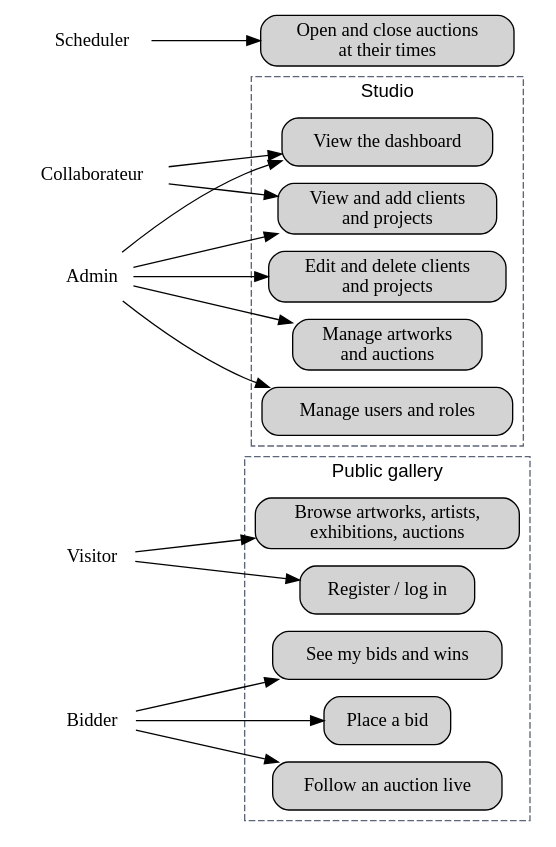
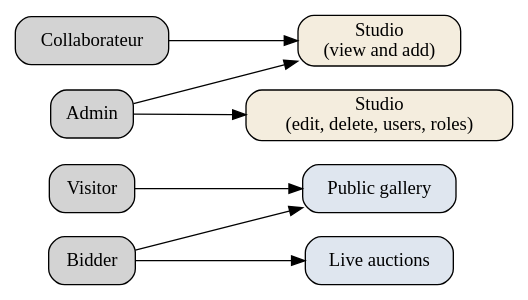
One commit to aziza-bellanes/angluar-springboot-project changed the first of 4 diagrams in docs/pack/cahier-des-charges.md. Above: the diagram before and after it, drawn with Graphviz. The commit also changed other lines of this file and 15 other files, not shown here.

````diff
--- a/docs/pack/cahier-des-charges.md
+++ b/docs/pack/cahier-des-charges.md
@@ -90,11 +62,9 @@
 ```dot
 digraph {
-  rankdir=LR; nodesep=0.18; ranksep=0.9;
+  rankdir=LR; nodesep=0.25; ranksep=0.8;
   node[shape=box,style="rounded,filled"];
-  V[label="Visitor",shape=plaintext,style=""]; B[label="Bidder",shape=plaintext,style=""]; C[label="Collaborateur",shape=plaintext,style=""]; A[label="Admin",shape=plaintext,style=""]; S[label="Scheduler",shape=plaintext,style=""];
-  subgraph cluster_p { label="Public gallery"; style="dashed"; color="#5b6678"; fontname="Helvetica"; u1[label="Browse artworks, artists,\nexhibitions, auctions"]; u2[label="Register / log in"]; u3[label="Place a bid"]; u4[label="Follow an auction live"]; u5[label="See my bids and wins"]; }
-  subgraph cluster_s { label="Studio"; style="dashed"; color="#5b6678"; fontname="Helvetica"; u6[label="View and add clients\nand projects"]; u7[label="Edit and delete clients\nand projects"]; u8[label="Manage artworks\nand auctions"]; u9[label="Manage users and roles"]; u10[label="View the dashboard"]; }
-  u11[label="Open and close auctions\nat their times"];
-  V->u1; V->u2; B->u3; B->u4; B->u5; C->u6; C->u10; A->u6; A->u7; A->u8; A->u9; A->u10; S->u11;
+  V[label="Visitor"]; B[label="Bidder"]; C[label="Collaborateur"]; A[label="Admin"];
+  pub[label="Public gallery",fillcolor="#dfe6ef"]; bid[label="Live auctions",fillcolor="#dfe6ef"]; studio[label="Studio\n(view and add)",fillcolor="#f4edde"]; admin[label="Studio\n(edit, delete, users, roles)",fillcolor="#f4edde"];
+  V -> pub; B -> pub; B -> bid; C -> studio; A -> studio; A -> admin;
 }
 ```
````
